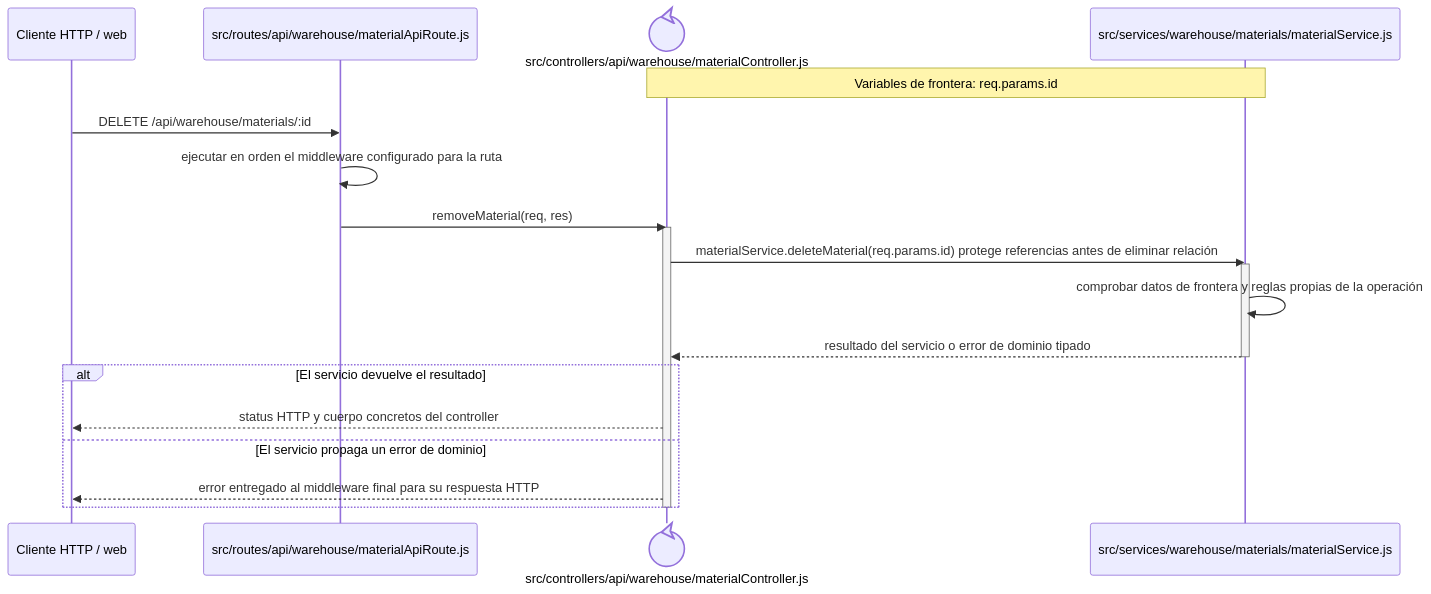
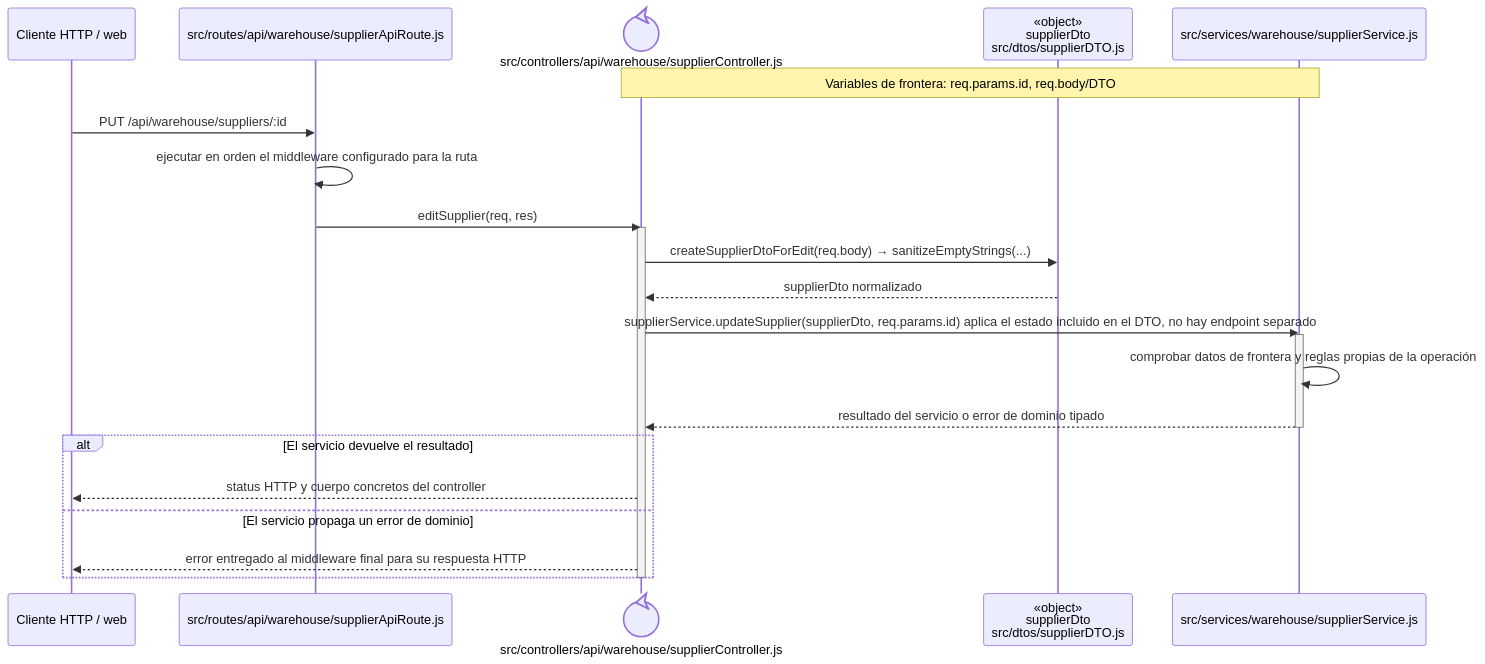
The diagram in docs/architecture/backend-code-sequences/catalogs/cu-cat-04.md (gpgsistemas01/nexus), drawn with Mermaid before and after one commit. The commit also changed other lines of this file and 287 other files, not shown here.

````diff
--- a/docs/architecture/backend-code-sequences/catalogs/cu-cat-04.md
+++ b/docs/architecture/backend-code-sequences/catalogs/cu-cat-04.md
@@ -6,24 +6,27 @@
 ```mermaid
 sequenceDiagram
     participant Client as Cliente HTTP / web
-    participant Route as src/routes/api/warehouse/materialApiRoute.js
-    participant Controller@{ "type": "control" } as src/controllers/api/warehouse/materialController.js
-    participant Domain as src/services/warehouse/materials/materialService.js
-    Note over Controller,Domain: Variables de frontera: req.params.id
+    participant Route as src/routes/api/warehouse/supplierApiRoute.js
+    participant Controller@{ "type": "control" } as src/controllers/api/warehouse/supplierController.js
+    participant SupplierDto as «object»<br/>supplierDto<br/>src/dtos/supplierDTO.js
+    participant Domain as src/services/warehouse/supplierService.js
+    Note over Controller,Domain: Variables de frontera: req.params.id, req.body/DTO
 
-    Client->>Route: DELETE /api/warehouse/materials/:id
+    Client->>Route: PUT /api/warehouse/suppliers/:id
     Route->>Route: ejecutar en orden el middleware configurado para la ruta
-    Route->>Controller: removeMaterial(req, res)
+    Route->>Controller: editSupplier(req, res)
     activate Controller
-    Controller->>Domain: materialService.deleteMaterial(req.params.id) protege referencias antes de eliminar relación
+    Controller->>SupplierDto: createSupplierDtoForEdit(req.body) → sanitizeEmptyStrings(...)
+    SupplierDto-->>Controller: supplierDto normalizado
+    Controller->>Domain: supplierService.updateSupplier(supplierDto, req.params.id) aplica el estado incluido en el DTO, no hay endpoint separado
     activate Domain
     Domain->>Domain: comprobar datos de frontera y reglas propias de la operación
     Domain-->>Controller: resultado del servicio o error de dominio tipado
     deactivate Domain
     alt El servicio devuelve el resultado
         Controller-->>Client: status HTTP y cuerpo concretos del controller
     else El servicio propaga un error de dominio
         Controller-->>Client: error entregado al middleware final para su respuesta HTTP
     end
     deactivate Controller
 ```
````
